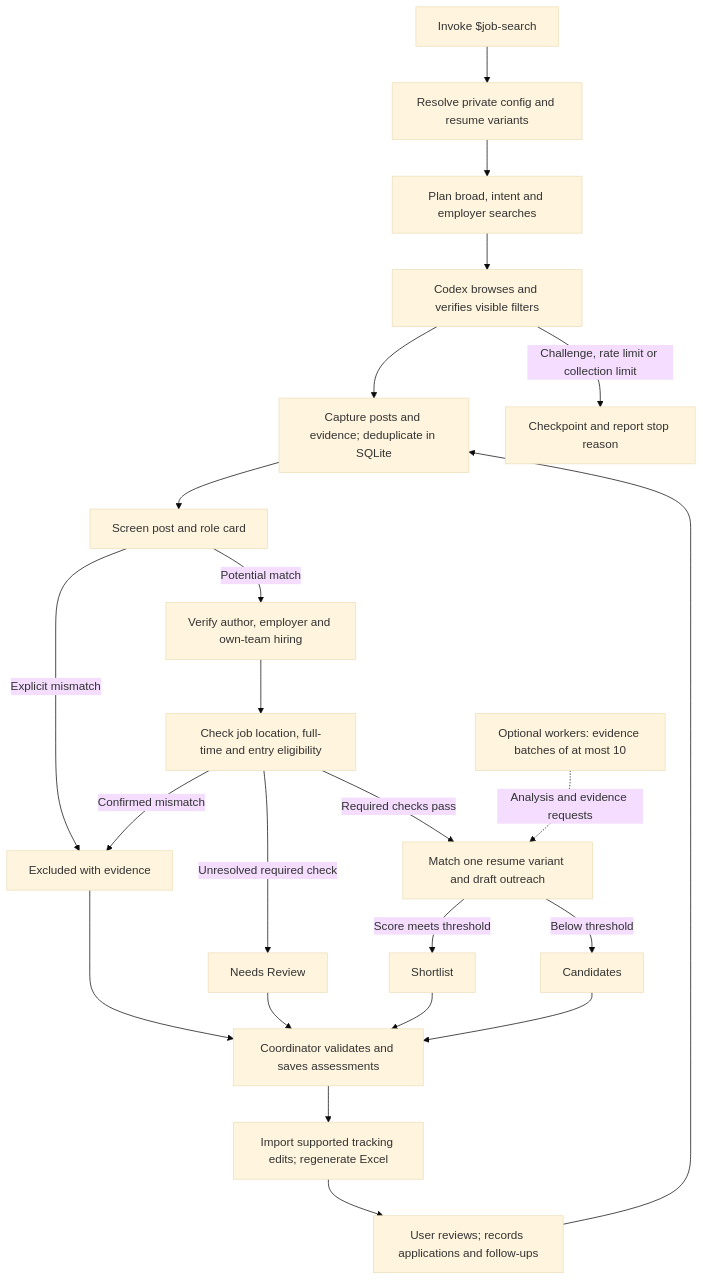
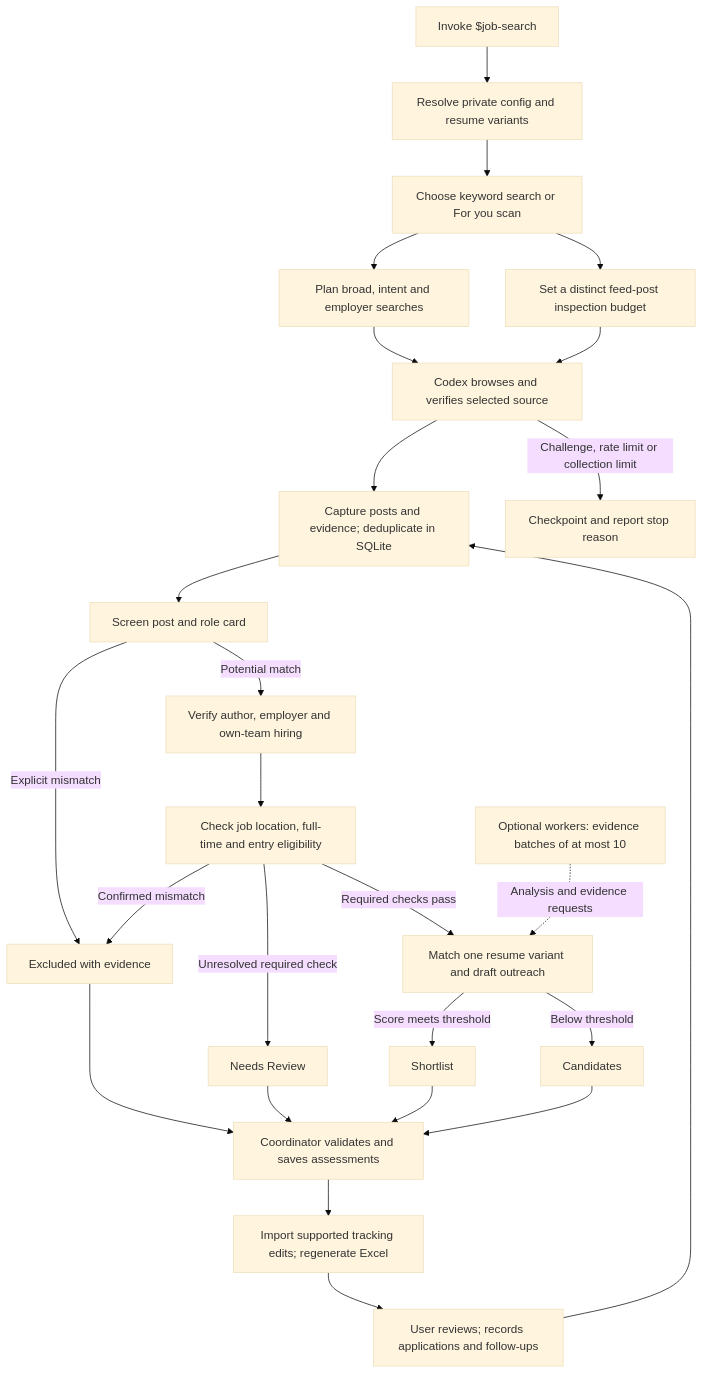
One commit to goatman1/hiring-posts-hunter changed the diagram in README.md. Above: the diagram before and after it, drawn with Mermaid (base theme). The commit also changed other lines of this file and 9 other files, not shown here.

Commit message:
Add bounded LinkedIn For you feed scans to job-search skill

````diff
--- a/README.md
+++ b/README.md
@@ -24,25 +24,28 @@
 ```mermaid
 flowchart TD
     A[Invoke $job-search] --> B[Resolve private config and resume variants]
-    B --> C[Plan broad, intent and employer searches]
-    C --> D[Codex browses and verifies visible filters]
+    B --> C[Choose keyword search or For you scan]
+    C --> CS[Plan broad, intent and employer searches]
+    C --> CF[Set a distinct feed-post inspection budget]
+    CS --> D[Codex browses and verifies selected source]
+    CF --> D
     D --> E[Capture posts and evidence; deduplicate in SQLite]
     E --> F[Screen post and role card]
     F -->|Explicit mismatch| X[Excluded with evidence]
     F -->|Potential match| G[Verify author, employer and own-team hiring]
     G --> H[Check job location, full-time and entry eligibility]
     H -->|Confirmed mismatch| X
     H -->|Unresolved required check| R[Needs Review]
     H -->|Required checks pass| I[Match one resume variant and draft outreach]
     I -->|Score meets threshold| S[Shortlist]
     I -->|Below threshold| K[Candidates]
     W[Optional workers: evidence batches of at most 10] -. Analysis and evidence requests .-> I
     X --> J[Coordinator validates and saves assessments]
     R --> J
     S --> J
     K --> J
     J --> L[Import supported tracking edits; regenerate Excel]
     L --> M[User reviews; records applications and follow-ups]
     M --> E
     D -->|Challenge, rate limit or collection limit| N[Checkpoint and report stop reason]
 ```
````
